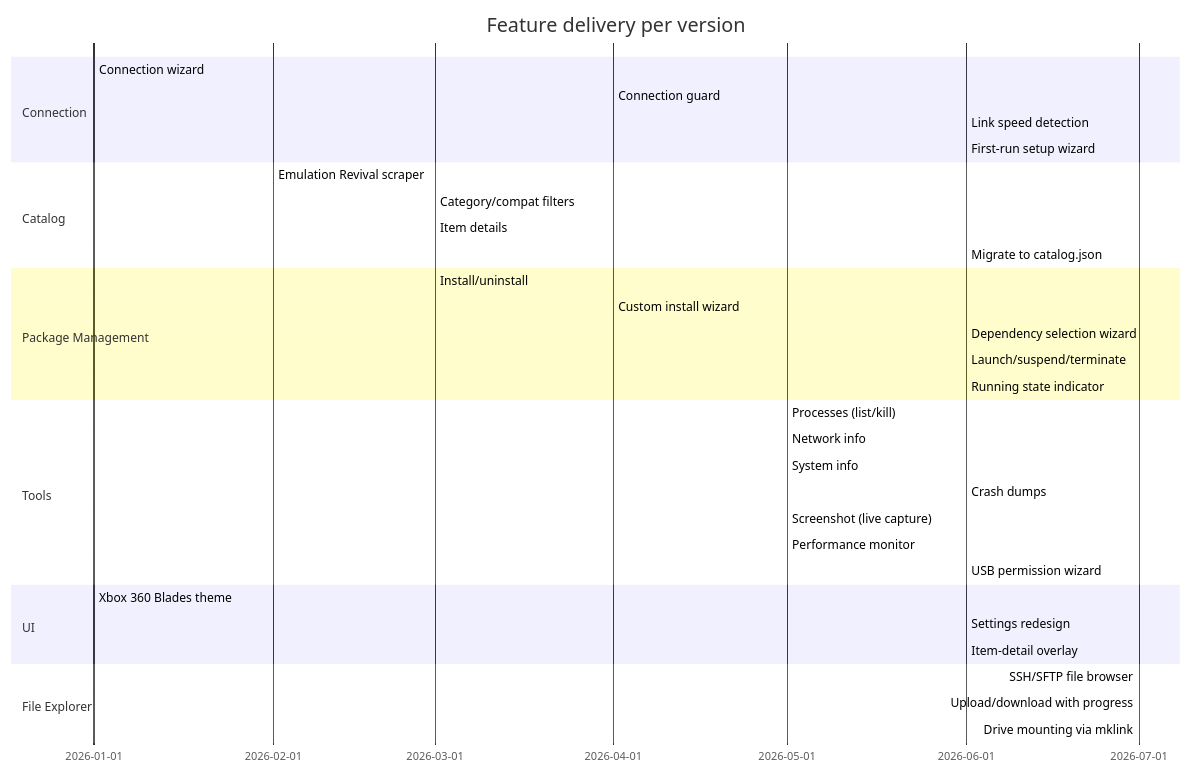
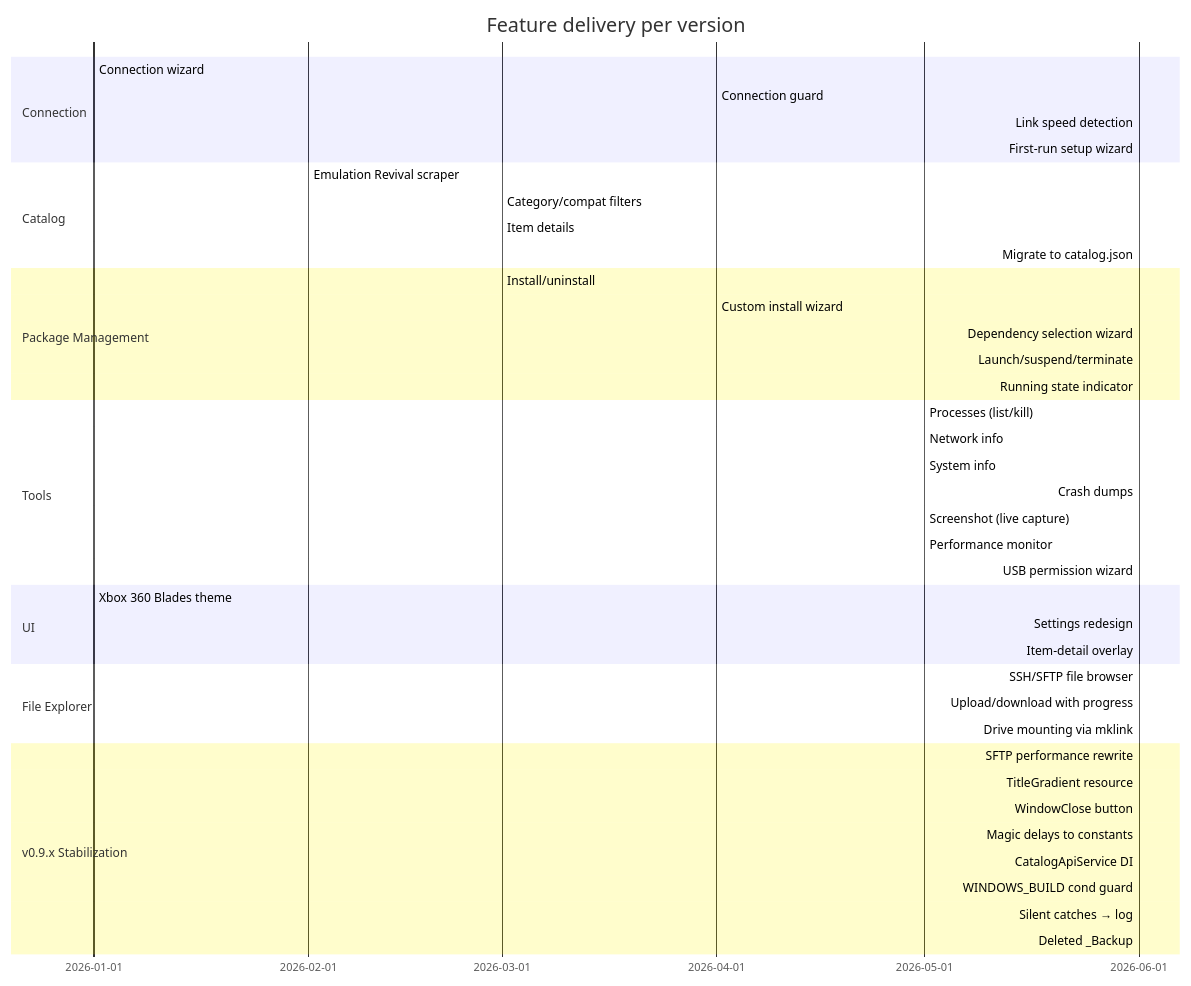
Before and after one commit to marcelofrau/xb-homebrew-vault: the second of 3 diagrams in docs/roadmap.md, drawn with Mermaid. The commit also changed other lines of this file and 11 other files, not shown here.

First line of the commit message:
chore: bump v0.9.3 — roadmap/readme update, silent-catches fix, AdminHelper removal

````diff
--- a/docs/roadmap.md
+++ b/docs/roadmap.md
@@ -51,37 +57,46 @@
 ```mermaid
 gantt
     title Feature delivery per version
     dateFormat  YYYY-MM-DD
     section Connection
     Connection wizard            :done, 2026-01, 2026-02
     Connection guard             :done, 2026-04, 2026-04
     Link speed detection         :done, 2026-06, 2026-06
     First-run setup wizard       :done, 2026-06, 2026-06
     section Catalog
     Emulation Revival scraper    :done, 2026-02, 2026-03
     Category/compat filters      :done, 2026-03, 2026-03
     Item details                 :done, 2026-03, 2026-03
     Migrate to catalog.json      :done, 2026-06, 2026-06
     section Package Management
     Install/uninstall            :done, 2026-03, 2026-04
     Custom install wizard        :done, 2026-04, 2026-05
     Dependency selection wizard  :done, 2026-06, 2026-06
     Launch/suspend/terminate     :done, 2026-06, 2026-06
     Running state indicator      :done, 2026-06, 2026-06
     section Tools
     Processes (list/kill)        :done, 2026-05, 2026-06
     Network info                 :done, 2026-05, 2026-06
     System info                  :done, 2026-05, 2026-06
     Crash dumps                  :done, 2026-06, 2026-06
     Screenshot (live capture)    :done, 2026-05, 2026-06
     Performance monitor          :done, 2026-05, 2026-06
     USB permission wizard        :done, 2026-06, 2026-06
     section UI
     Xbox 360 Blades theme        :done, 2026-01, 2026-01
     Settings redesign            :done, 2026-06, 2026-06
     Item-detail overlay          :done, 2026-06, 2026-06
     section File Explorer
-    SSH/SFTP file browser        :done, 2026-07, 2026-07
-    Upload/download with progress:done, 2026-07, 2026-07
-    Drive mounting via mklink    :done, 2026-07, 2026-07
+    SSH/SFTP file browser        :done, 2026-06, 2026-06
+    Upload/download with progress:done, 2026-06, 2026-06
+    Drive mounting via mklink    :done, 2026-06, 2026-06
+    section v0.9.x Stabilization
+    SFTP performance rewrite     :done, 2026-06, 2026-06
+    TitleGradient resource       :done, 2026-06, 2026-06
+    WindowClose button           :done, 2026-06, 2026-06
+    Magic delays to constants    :done, 2026-06, 2026-06
+    CatalogApiService DI         :done, 2026-06, 2026-06
+    WINDOWS_BUILD cond guard     :done, 2026-06, 2026-06
+    Silent catches → log         :done, 2026-06, 2026-06
+    Deleted _Backup              :done, 2026-06, 2026-06
 ```
````
